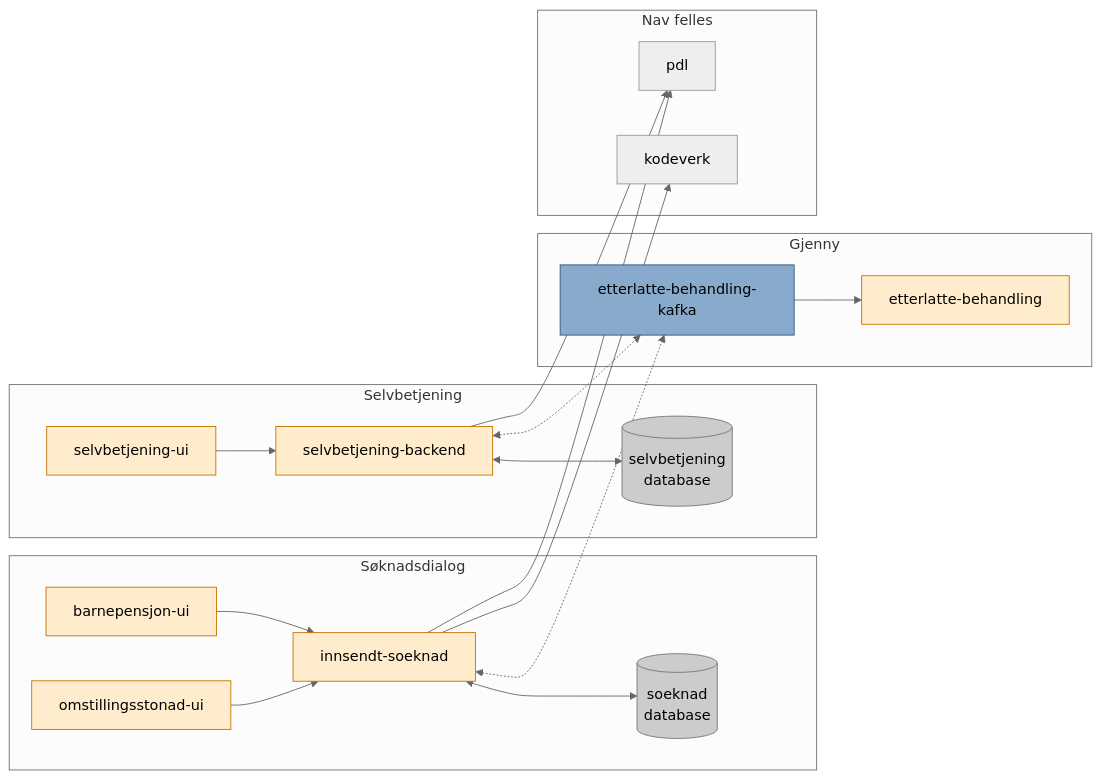
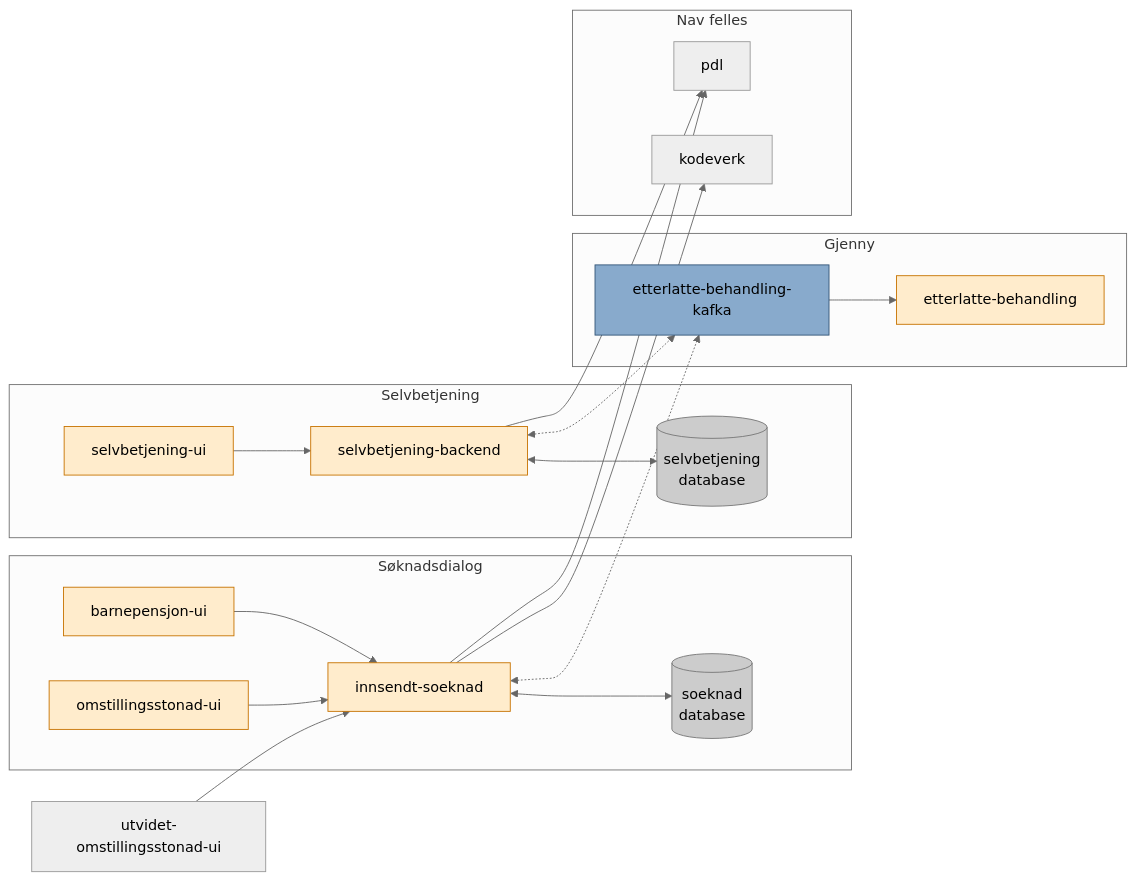
Before and after one commit to navikt/pensjon-etterlatte: the diagram in README.md, drawn with Mermaid (neutral theme). The commit also changed other lines of this file and 103 other files, not shown here.

````diff
--- a/README.md
+++ b/README.md
@@ -29,46 +32,47 @@
 ```mermaid
 flowchart LR
 
 classDef app fill:#ffeccc,color:#000,stroke:#c77300
 classDef river fill:#88AACC,color:#000,stroke:#335577
 classDef db fill:#ccc,color:#000,stroke:#777
 classDef text fill:none,color:#ddd
 
 barnepensjon-ui --> innsendt-soeknad
 omstillingsstonad-ui --> innsendt-soeknad
+utvidet-omstillingsstonad-ui --> innsendt-soeknad
 selvbetjening-ui --> selvbetjening-backend
 
 selvbetjening-backend --> pdl
 selvbetjening-backend <--> selvbetjening-backend-v2[(selvbetjening <br/> database)]
 selvbetjening-backend <-.-> etterlatte-behandling-kafka
 
 innsendt-soeknad <-.-> etterlatte-behandling-kafka
 etterlatte-behandling-kafka --> etterlatte-behandling
 
 innsendt-soeknad --> pdl
 innsendt-soeknad --> kodeverk
 innsendt-soeknad <--> innsendt-soeknad-v2[(soeknad <br/> database)]
 
 subgraph frontend["Søknadsdialog"]
     barnepensjon-ui:::app
     omstillingsstonad-ui:::app
     innsendt-soeknad:::app
     innsendt-soeknad-v2:::db
 end
 
 subgraph selvbetjening["Selvbetjening"]
     selvbetjening-ui:::app
     selvbetjening-backend:::app
     selvbetjening-backend-v2:::db
 end
 
 subgraph gjenny["Gjenny"]
     etterlatte-behandling-kafka:::river
     etterlatte-behandling:::app
 end
 
 subgraph ekstern["Nav felles"]
     kodeverk
     pdl
 end
 ```
````
